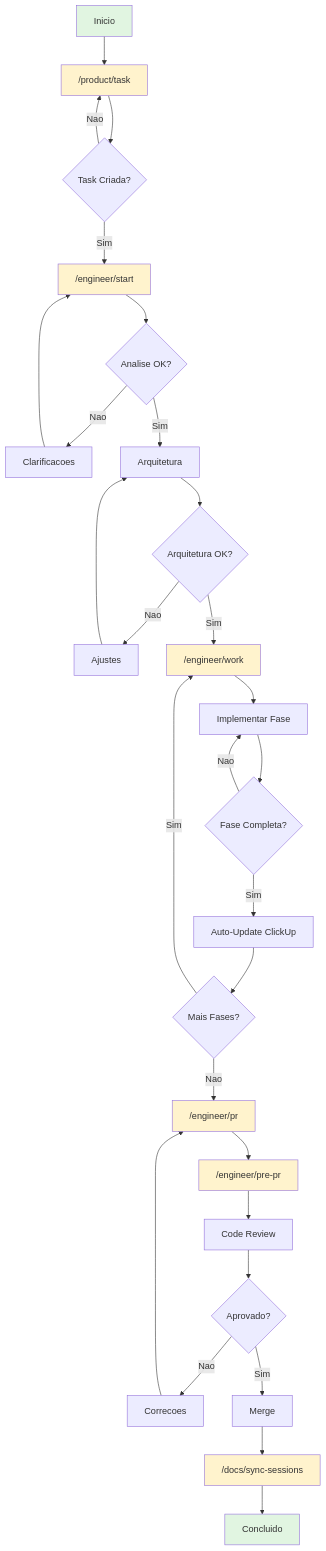
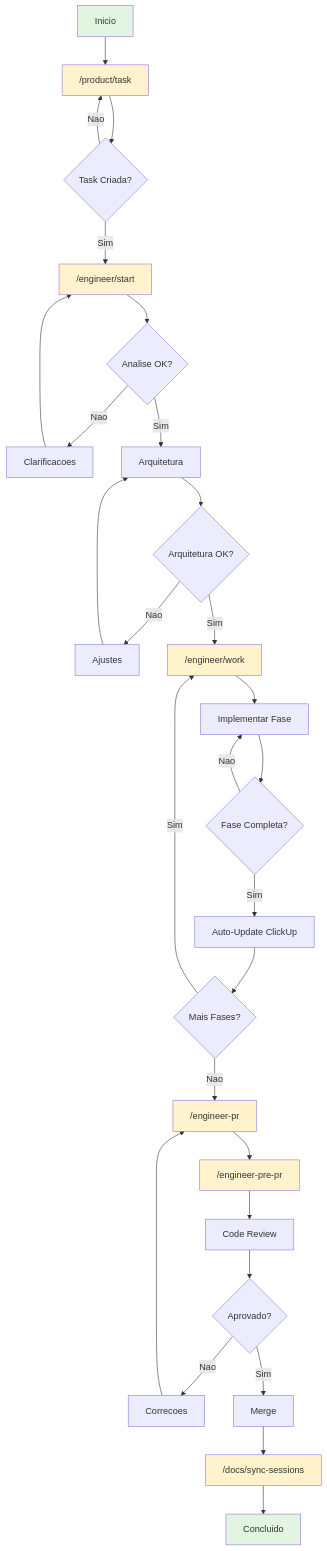
One commit to marciocar/onion-cursor changed the first of 9 diagrams in .cursor/docs/onion/engineering-flows.md. Above: the diagram before and after it, drawn with Mermaid. The commit also changed other lines of this file and 239 other files, not shown here.

````diff
--- a/.cursor/docs/onion/engineering-flows.md
+++ b/.cursor/docs/onion/engineering-flows.md
@@ -50,45 +50,45 @@
 ```mermaid
 flowchart TD
     A[Inicio] --> B["/product/task"]
     B --> C{Task Criada?}
     C -->|Sim| D["/engineer/start"]
     C -->|Nao| B
     
     D --> E{Analise OK?}
     E -->|Nao| F[Clarificacoes]
     F --> D
     E -->|Sim| G[Arquitetura]
     
     G --> H{Arquitetura OK?}
     H -->|Nao| I[Ajustes]
     I --> G
     H -->|Sim| J["/engineer/work"]
     
     J --> K[Implementar Fase]
     K --> L{Fase Completa?}
     L -->|Nao| K
     L -->|Sim| M[Auto-Update ClickUp]
     
     M --> N{Mais Fases?}
     N -->|Sim| J
-    N -->|Nao| O["/engineer/pr"]
+    N -->|Nao| O["/engineer-pr"]
     
-    O --> P["/engineer/pre-pr"]
+    O --> P["/engineer-pre-pr"]
     P --> Q[Code Review]
     Q --> R{Aprovado?}
     R -->|Nao| S[Correcoes]
     S --> O
     R -->|Sim| T[Merge]
     
     T --> U["/docs/sync-sessions"]
     U --> V[Concluido]
     
     style A fill:#e1f5e1
     style V fill:#e1f5e1
     style B fill:#fff3cd
     style D fill:#fff3cd
     style J fill:#fff3cd
     style O fill:#fff3cd
     style P fill:#fff3cd
     style U fill:#fff3cd
 ```
````
